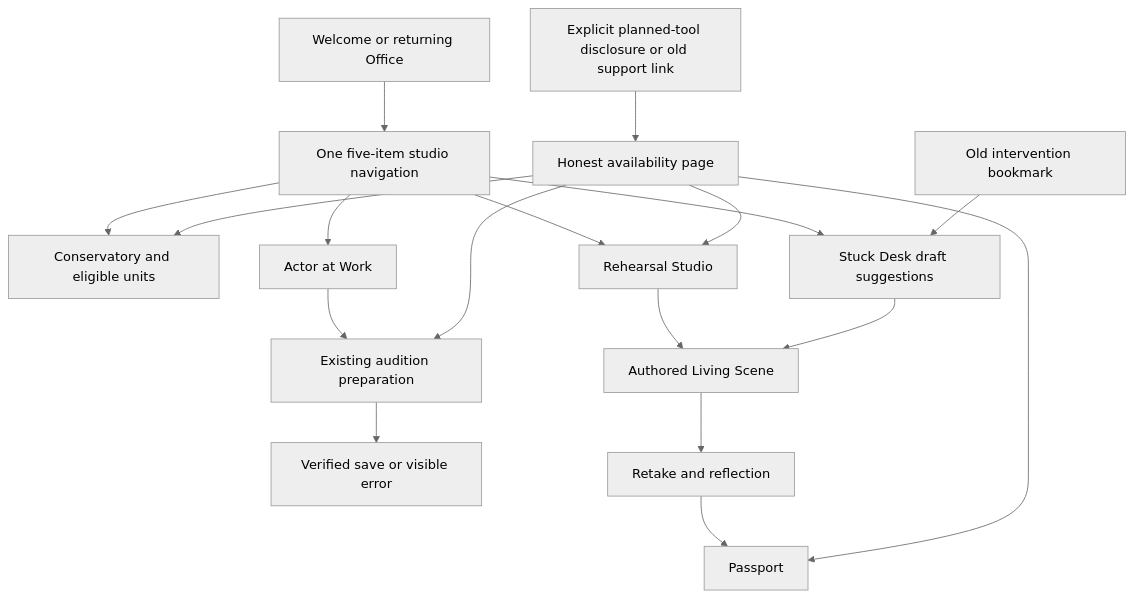
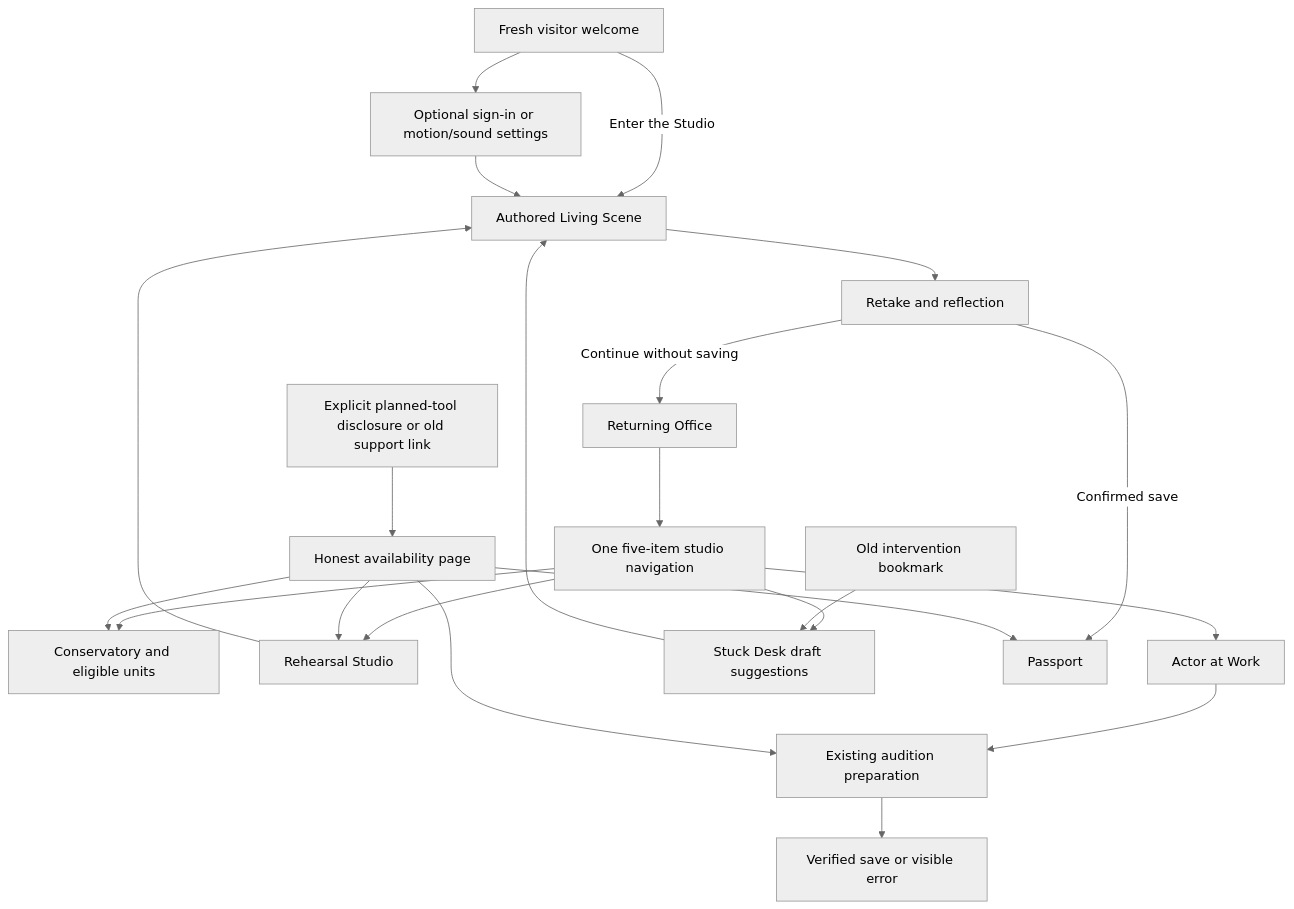
Before and after one commit to theboxentertain-cpu/slams: the diagram in docs/product/SLAMS-INFORMATION-ARCHITECTURE.md, drawn with Mermaid (neutral theme). The commit also changed other lines of this file and 48 other files, not shown here.

````diff
--- a/docs/product/SLAMS-INFORMATION-ARCHITECTURE.md
+++ b/docs/product/SLAMS-INFORMATION-ARCHITECTURE.md
@@ -41,20 +41,24 @@
 ```mermaid
 flowchart TD
-  Entry[Welcome or returning Office] --> Nav[One five-item studio navigation]
+  Fresh[Fresh visitor welcome] -->|Enter the Studio| Scene[Authored Living Scene]
+  Fresh --> Optional[Optional sign-in or motion/sound settings]
+  Optional --> Scene
+  Entry[Returning Office] --> Nav[One five-item studio navigation]
   Nav --> Schools[Conservatory and eligible units]
   Nav --> Rehearse[Rehearsal Studio]
   Nav --> Work[Actor at Work]
   Nav --> Stuck[Stuck Desk draft suggestions]
-  Rehearse --> Scene[Authored Living Scene]
+  Rehearse --> Scene
   Stuck --> Scene
   Work --> Prep[Existing audition preparation]
   Prep --> Save[Verified save or visible error]
   Scene --> Reflect[Retake and reflection]
-  Reflect --> Passport[Passport]
+  Reflect -->|Confirmed save| Passport[Passport]
+  Reflect -->|Continue without saving| Entry
   Legacy[Old intervention bookmark] --> Stuck
   Planned[Explicit planned-tool disclosure or old support link] --> Status[Honest availability page]
   Status --> Rehearse
   Status --> Prep
   Status --> Schools
   Status --> Passport
 ```
````
